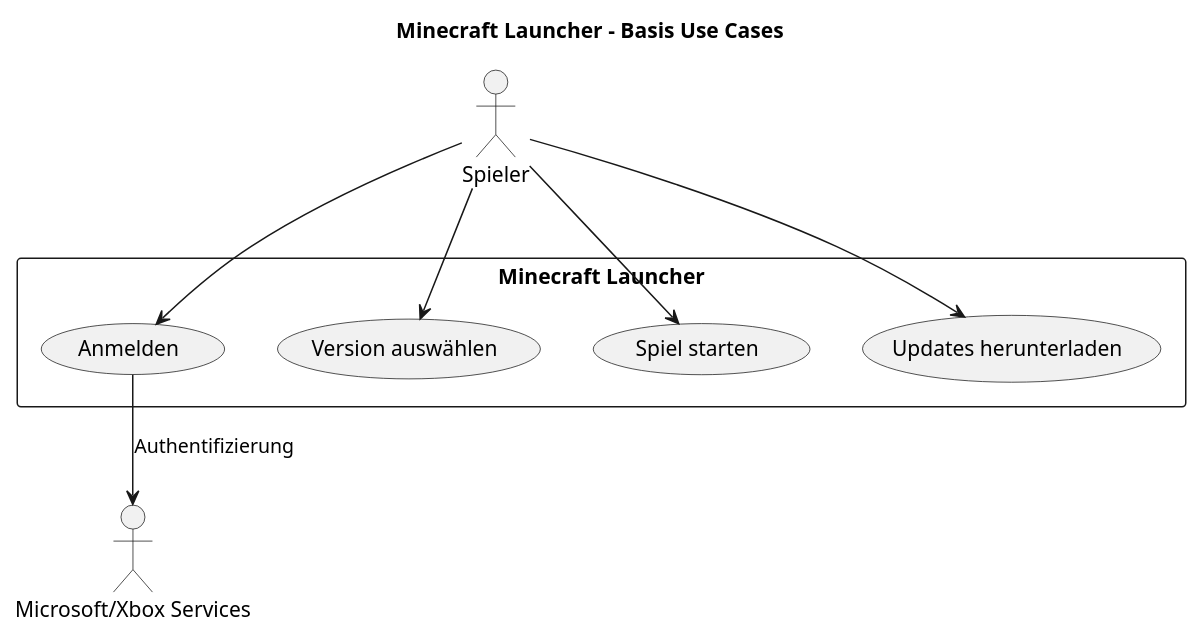
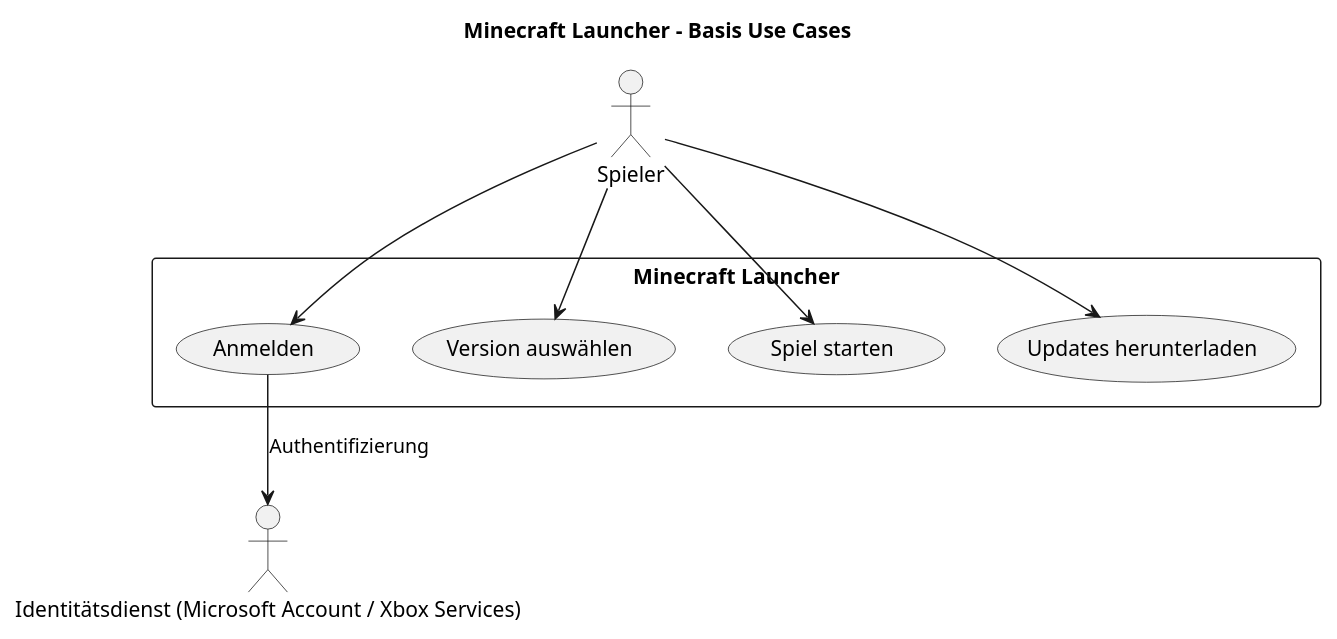
One commit to Faaben/Minecarft-Softwarearchitektur changed the diagram in diagrams/anwendungsfaelle2.puml. Above: the diagram before and after it, drawn with PlantUML.

Commit message:
Rename Xbox actor to Microsoft Account service

```diff
--- a/diagrams/anwendungsfaelle2.puml
+++ b/diagrams/anwendungsfaelle2.puml
@@ -1,20 +1,20 @@
 @startuml
 title Minecraft Launcher – Basis Use Cases
 
 actor Spieler
-actor "Microsoft/Xbox Services" as Xbox
+actor "Identitätsdienst (Microsoft Account / Xbox Services)" as Xbox
 
 rectangle "Minecraft Launcher" {
   usecase "Anmelden" as UC1
   usecase "Version auswählen" as UC2
   usecase "Spiel starten" as UC3
   usecase "Updates herunterladen" as UC4
 }
 
 Spieler --> UC1
 Spieler --> UC2
 Spieler --> UC3
 Spieler --> UC4
 
 UC1 --> Xbox : Authentifizierung
 @enduml
```
